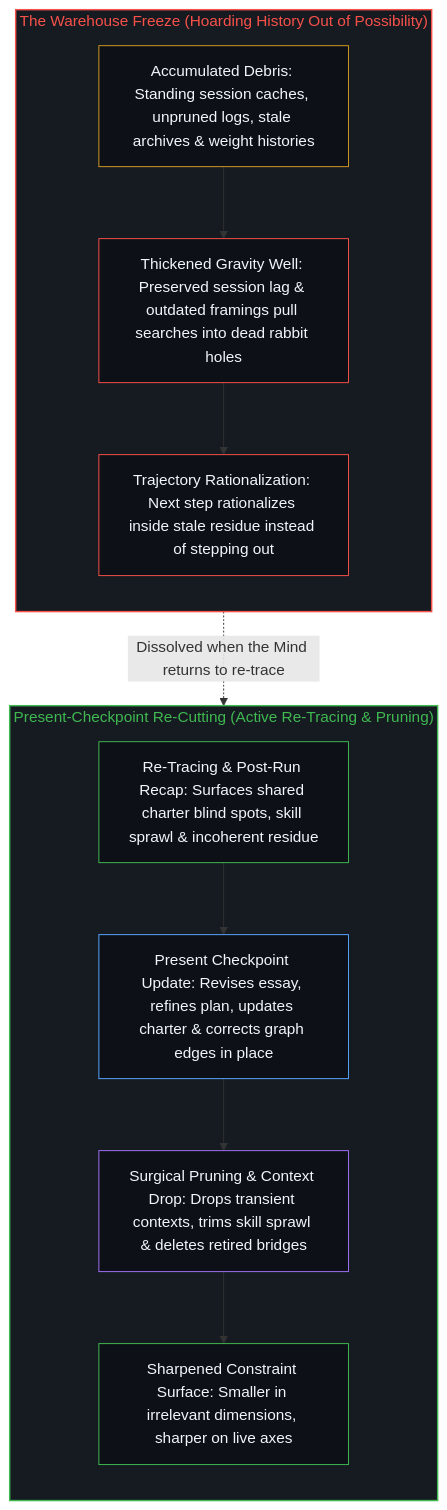
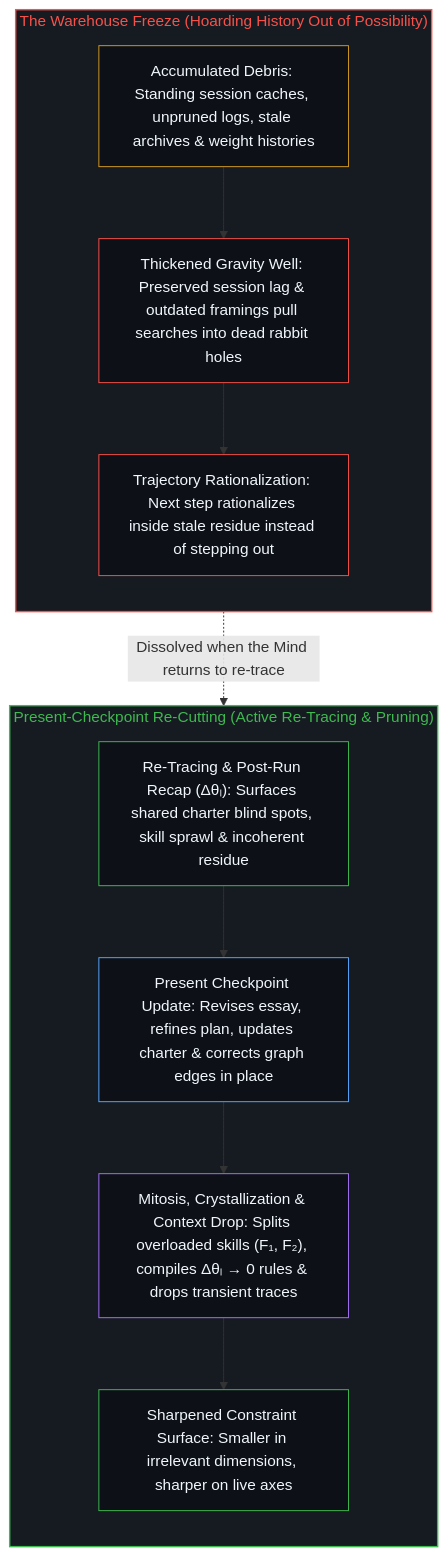
The fourth of 4 diagrams in content/posts/your-codebase-is-memory.md (powerpig99/not-a-toe), drawn with Mermaid before and after one commit. The commit also changed other lines of this file and 9 other files, not shown here.

````diff
--- a/content/posts/your-codebase-is-memory.md
+++ b/content/posts/your-codebase-is-memory.md
@@ -150,28 +150,28 @@
 ```mermaid
 flowchart TD
     subgraph S_Hoard["The Warehouse Freeze (Hoarding History Out of Possibility)"]
         direction TB
         Store["Accumulated Debris: Standing session caches, unpruned logs, stale archives & weight histories"]
         Gravity["Thickened Gravity Well: Preserved session lag & outdated framings pull searches into dead rabbit holes"]
         Rat["Trajectory Rationalization: Next step rationalizes inside stale residue instead of stepping out"]
         Store --> Gravity --> Rat
     end
     subgraph S_Checkpoint["Present-Checkpoint Re-Cutting (Active Re-Tracing & Pruning)"]
         direction TB
-        Retrace["Re-Tracing & Post-Run Recap: Surfaces shared charter blind spots, skill sprawl & incoherent residue"]
+        Retrace["Re-Tracing & Post-Run Recap (Δθₗ): Surfaces shared charter blind spots, skill sprawl & incoherent residue"]
         Recut["Present Checkpoint Update: Revises essay, refines plan, updates charter & corrects graph edges in place"]
-        Prune["Surgical Pruning & Context Drop: Drops transient contexts, trims skill sprawl & deletes retired bridges"]
+        Prune["Mitosis, Crystallization & Context Drop: Splits overloaded skills (F₁, F₂), compiles Δθₗ → 0 rules & drops transient traces"]
         Clean["Sharpened Constraint Surface: Smaller in irrelevant dimensions, sharper on live axes"]
         Retrace --> Recut --> Prune --> Clean
     end
     Rat -.->|"Dissolved when the Mind returns to re-trace"| Retrace
     style S_Hoard fill:#161b22,stroke:#f85149,stroke-width:1.5px,color:#f85149
     style S_Checkpoint fill:#161b22,stroke:#3fb950,stroke-width:1.5px,color:#3fb950
     style Store fill:#0d1117,stroke:#d29922,stroke-width:1px,color:#f0f6fc
     style Gravity fill:#0d1117,stroke:#f85149,stroke-width:1px,color:#f0f6fc
     style Rat fill:#0d1117,stroke:#f85149,stroke-width:1px,color:#f0f6fc
     style Retrace fill:#0d1117,stroke:#3fb950,stroke-width:1px,color:#f0f6fc
     style Recut fill:#0d1117,stroke:#58a6ff,stroke-width:1px,color:#f0f6fc
     style Prune fill:#0d1117,stroke:#a371f7,stroke-width:1px,color:#f0f6fc
     style Clean fill:#0d1117,stroke:#3fb950,stroke-width:1px,color:#f0f6fc
 ```
````
